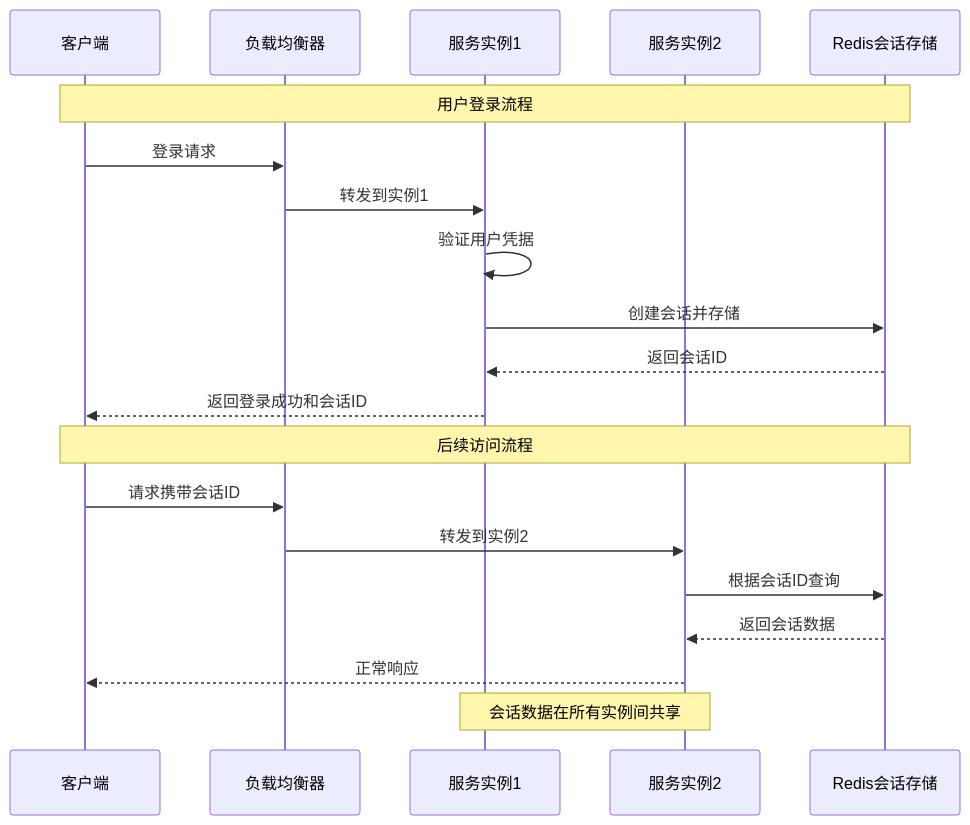
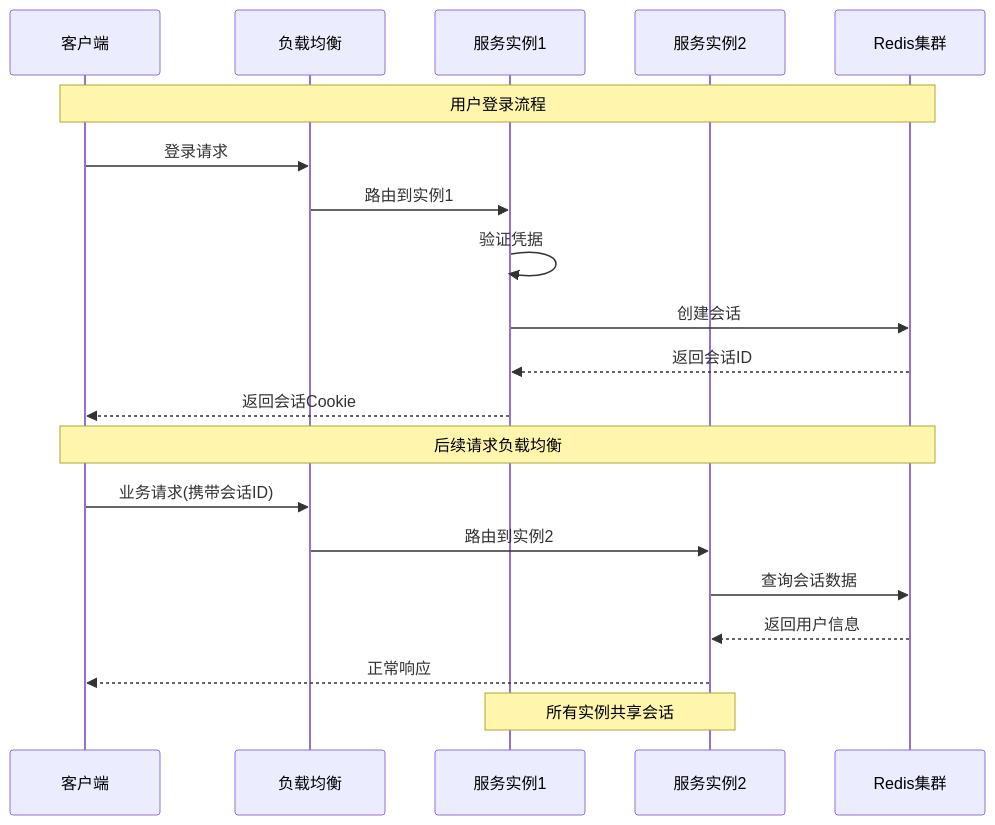
The third of 6 diagrams in doc/07.Redis 应用：高性能缓存与会话管理.md (kick-pixel/btc_eth_bizzan_contract_Exchange_ztuo_jiaoyisuo), drawn with Mermaid before and after one commit. The commit also changed other lines of this file and 27 other files, not shown here.

````diff
--- a/doc/07.Redis 应用：高性能缓存与会话管理.md
+++ b/doc/07.Redis 应用：高性能缓存与会话管理.md
@@ -218,25 +277,25 @@
 ```mermaid
 sequenceDiagram
     participant C as 客户端
-    participant LB as 负载均衡器
+    participant LB as 负载均衡
     participant S1 as 服务实例1
     participant S2 as 服务实例2
-    participant R as Redis会话存储
+    participant R as Redis集群
 
     Note over C,R: 用户登录流程
     C->>LB: 登录请求
-    LB->>S1: 转发到实例1
-    S1->>S1: 验证用户凭据
-    S1->>R: 创建会话并存储
+    LB->>S1: 路由到实例1
+    S1->>S1: 验证凭据
+    S1->>R: 创建会话
     R-->>S1: 返回会话ID
-    S1-->>C: 返回登录成功和会话ID
+    S1-->>C: 返回会话Cookie
 
-    Note over C,R: 后续访问流程
-    C->>LB: 请求携带会话ID
-    LB->>S2: 转发到实例2
-    S2->>R: 根据会话ID查询
-    R-->>S2: 返回会话数据
+    Note over C,R: 后续请求负载均衡
+    C->>LB: 业务请求(携带会话ID)
+    LB->>S2: 路由到实例2
+    S2->>R: 查询会话数据
+    R-->>S2: 返回用户信息
     S2-->>C: 正常响应
 
-    Note over S1,S2: 会话数据在所有实例间共享
+    Note over S1,S2: 所有实例共享会话
 ```
````
